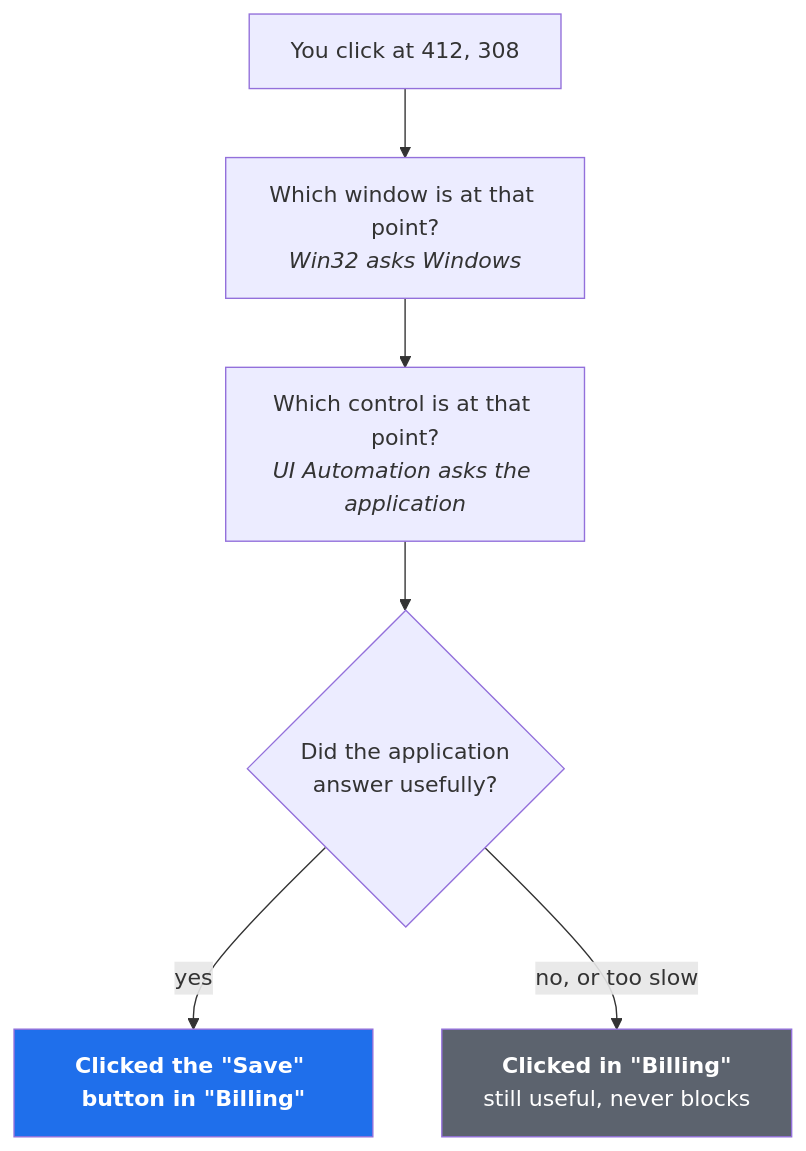
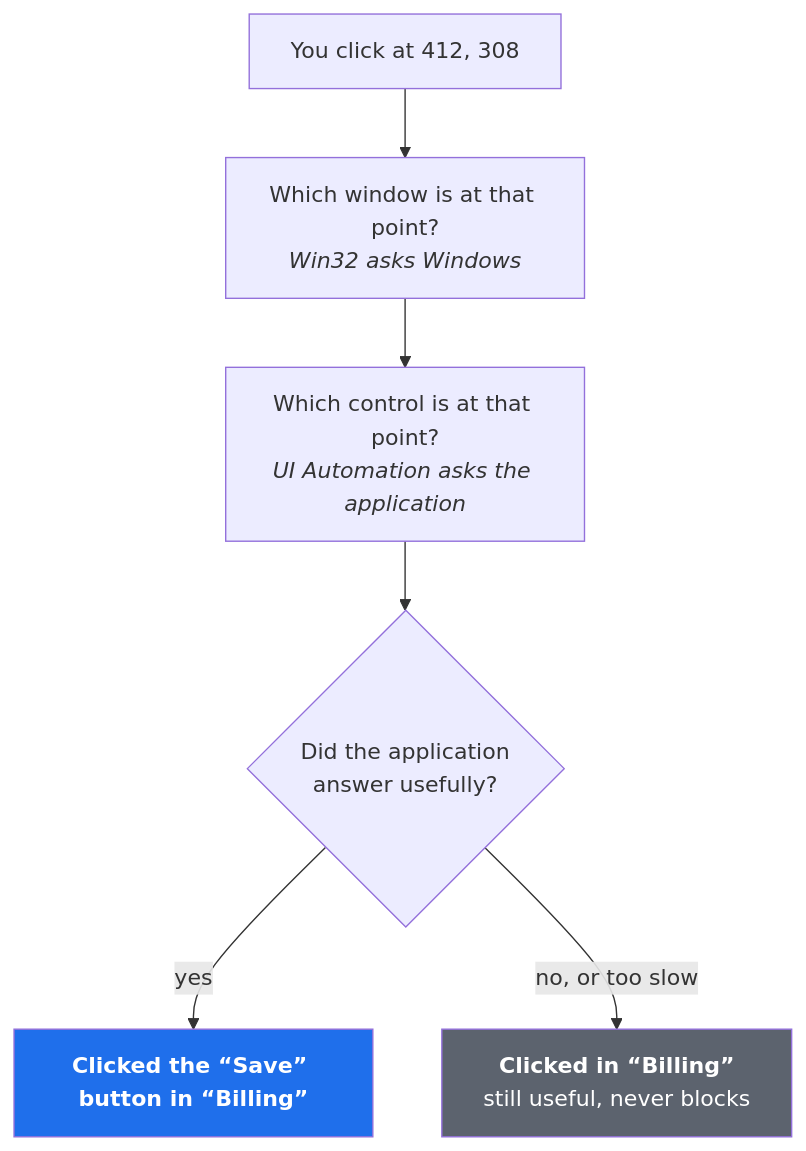
Before and after one commit to Bunbob41/BetterStepsRecorder: the third of 9 diagrams in docs/FIELD-GUIDE.md, drawn with Mermaid. The commit also changed 5 other files, not shown here.

````diff
--- a/docs/FIELD-GUIDE.md
+++ b/docs/FIELD-GUIDE.md
@@ -195,12 +195,12 @@
 ```mermaid
 flowchart TD
     tap["You click at 412, 308"]
     tap --> win["Which window is at that point?<br/><i>Win32 asks Windows</i>"]
     win --> uia["Which control is at that point?<br/><i>UI Automation asks the application</i>"]
     uia --> good{"Did the application<br/>answer usefully?"}
-    good -->|yes| named["<b>Clicked the &quot;Save&quot; button in &quot;Billing&quot;</b>"]
-    good -->|"no, or too slow"| plain["<b>Clicked in &quot;Billing&quot;</b><br/>still useful, never blocks"]
+    good -->|yes| named["<b>Clicked the “Save” button in “Billing”</b>"]
+    good -->|"no, or too slow"| plain["<b>Clicked in “Billing”</b><br/>still useful, never blocks"]
 
     style named fill:#1f6feb,color:#fff
     style plain fill:#5c636e,color:#fff
 ```
````
